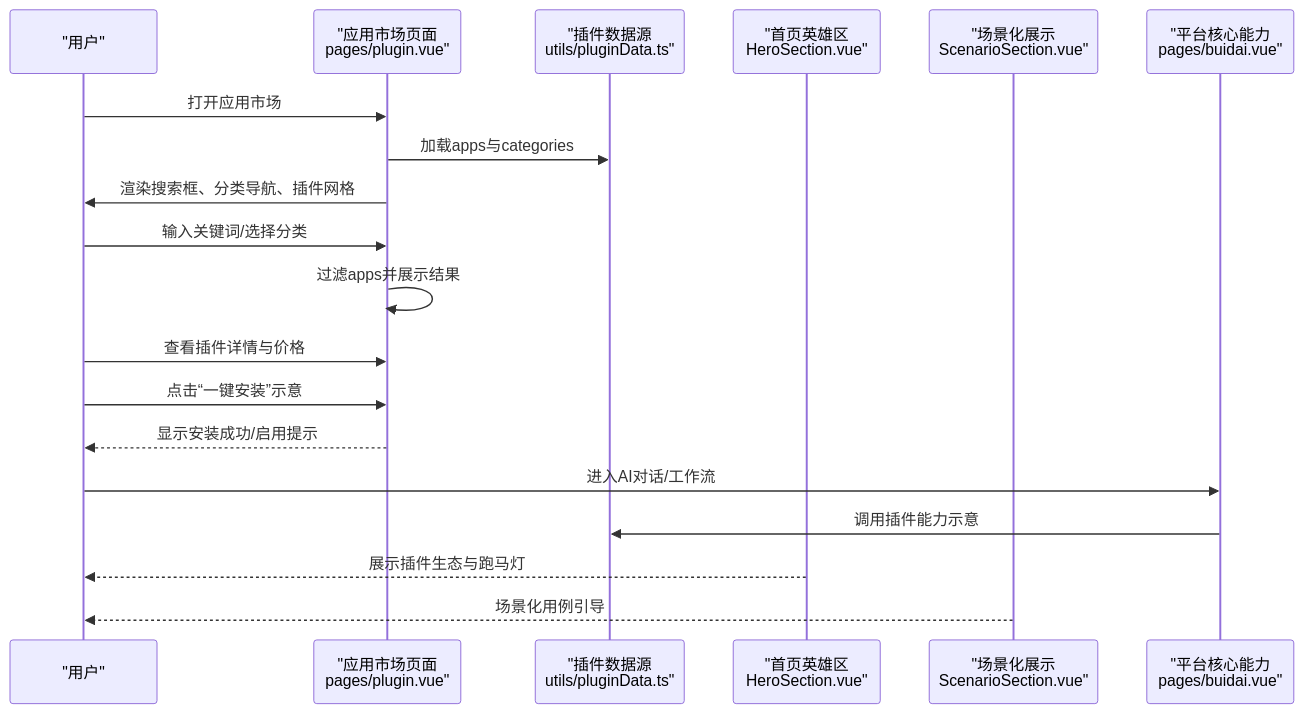
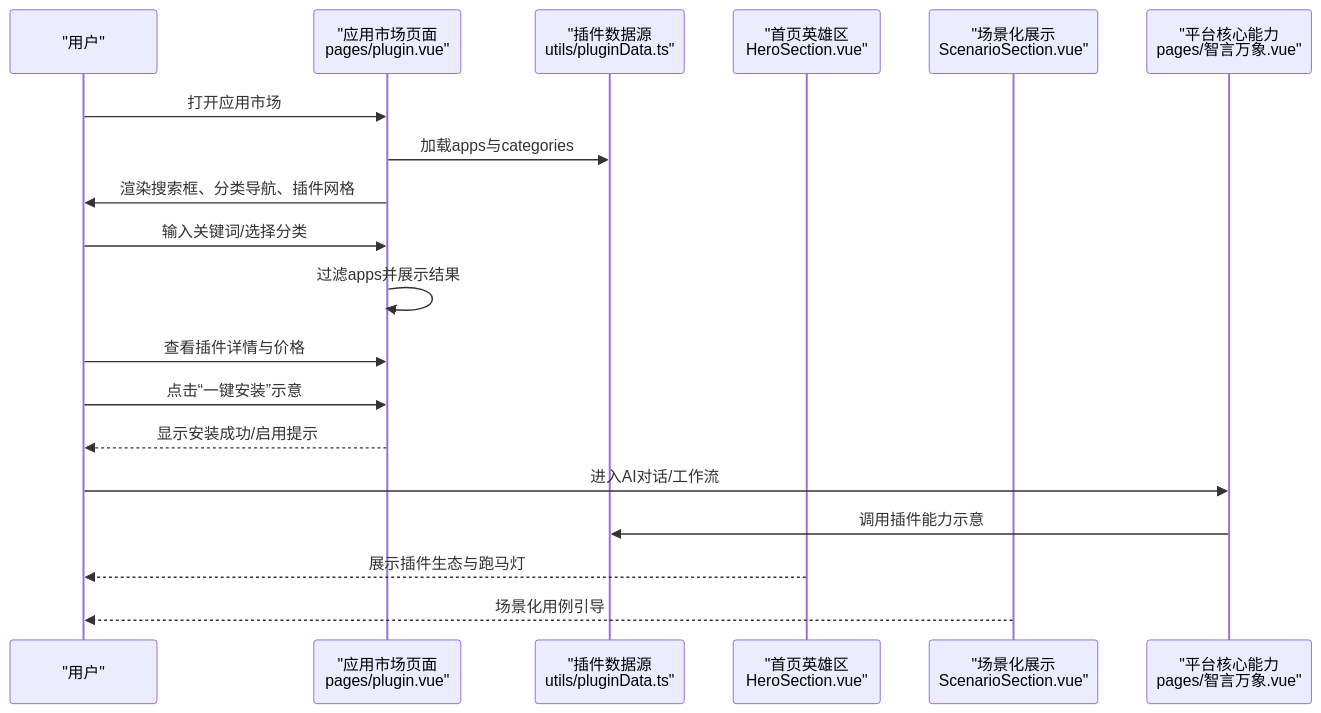
One commit to lllyyysss77/buidai changed the second of 7 diagrams in .qoder/repowiki/zh/content/核心功能/应用市场与插件系统/用户端插件使用体验.md. Above: the diagram before and after it, drawn with Mermaid. The commit also changed other lines of this file and 163 other files, not shown here.

````diff
--- a/.qoder/repowiki/zh/content/核心功能/应用市场与插件系统/用户端插件使用体验.md
+++ b/.qoder/repowiki/zh/content/核心功能/应用市场与插件系统/用户端插件使用体验.md
@@ -107,21 +107,21 @@
 ```mermaid
 sequenceDiagram
 participant U as "用户"
 participant P as "应用市场页面<br/>pages/plugin.vue"
 participant D as "插件数据源<br/>utils/pluginData.ts"
 participant H as "首页英雄区<br/>HeroSection.vue"
 participant S as "场景化展示<br/>ScenarioSection.vue"
-participant B as "平台核心能力<br/>pages/buidai.vue"
+participant B as "平台核心能力<br/>pages/智言万象.vue"
 U->>P : 打开应用市场
 P->>D : 加载apps与categories
 P->>U : 渲染搜索框、分类导航、插件网格
 U->>P : 输入关键词/选择分类
 P->>P : 过滤apps并展示结果
 U->>P : 查看插件详情与价格
 U->>P : 点击“一键安装”示意
 P-->>U : 显示安装成功/启用提示
 U->>B : 进入AI对话/工作流
 B->>D : 调用插件能力示意
 H-->>U : 展示插件生态与跑马灯
 S-->>U : 场景化用例引导
 ```
````
